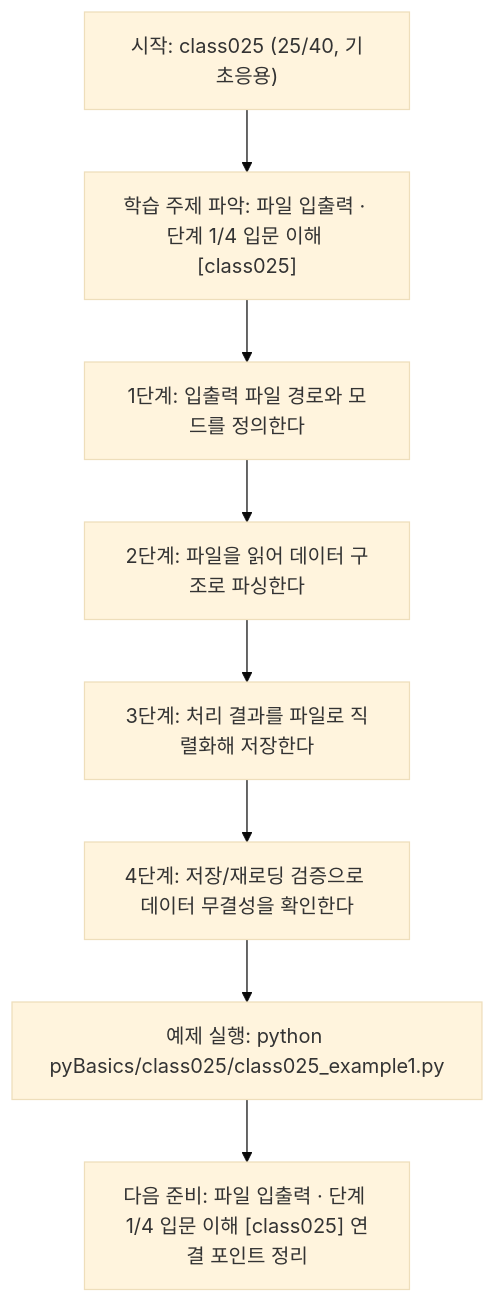
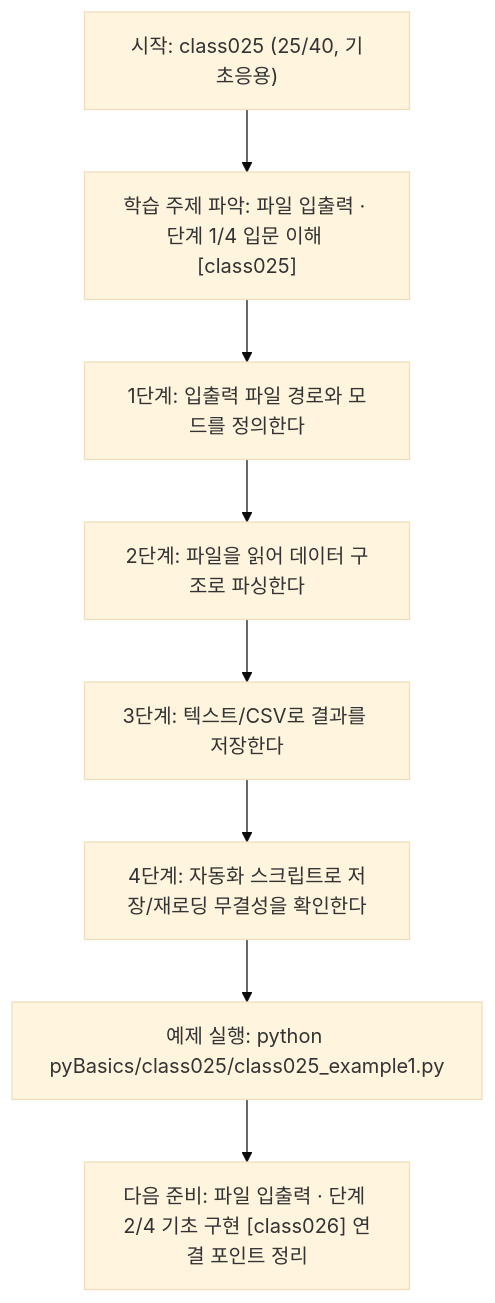
One commit to edumgt/Python-AI_Agent-Class changed the diagram in pyBasics/class025/class025.md. Above: the diagram before and after it, drawn with Mermaid (base theme). The commit also changed other lines of this file and 2370 other files, not shown here.

````diff
--- a/pyBasics/class025/class025.md
+++ b/pyBasics/class025/class025.md
@@ -109,18 +91,18 @@
 ```mermaid
 flowchart TD
 N1["시작: class025 (25/40, 기초응용)"]
 N2["학습 주제 파악: 파일 입출력 · 단계 1/4 입문 이해 [class025]"]
 N3["1단계: 입출력 파일 경로와 모드를 정의한다"]
 N4["2단계: 파일을 읽어 데이터 구조로 파싱한다"]
-N5["3단계: 처리 결과를 파일로 직렬화해 저장한다"]
-N6["4단계: 저장/재로딩 검증으로 데이터 무결성을 확인한다"]
+N5["3단계: 텍스트/CSV로 결과를 저장한다"]
+N6["4단계: 자동화 스크립트로 저장/재로딩 무결성을 확인한다"]
 N7["예제 실행: python pyBasics/class025/class025_example1.py"]
-N8["다음 준비: 파일 입출력 · 단계 1/4 입문 이해 [class025] 연결 포인트 정리"]
+N8["다음 준비: 파일 입출력 · 단계 2/4 기초 구현 [class026] 연결 포인트 정리"]
 N1 --> N2
 N2 --> N3
 N3 --> N4
 N4 --> N5
 N5 --> N6
 N6 --> N7
 N7 --> N8
 ```
````
